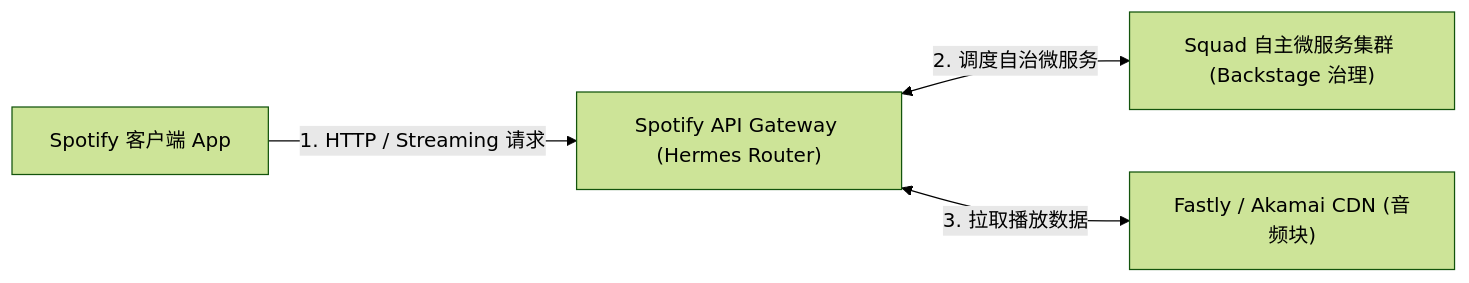
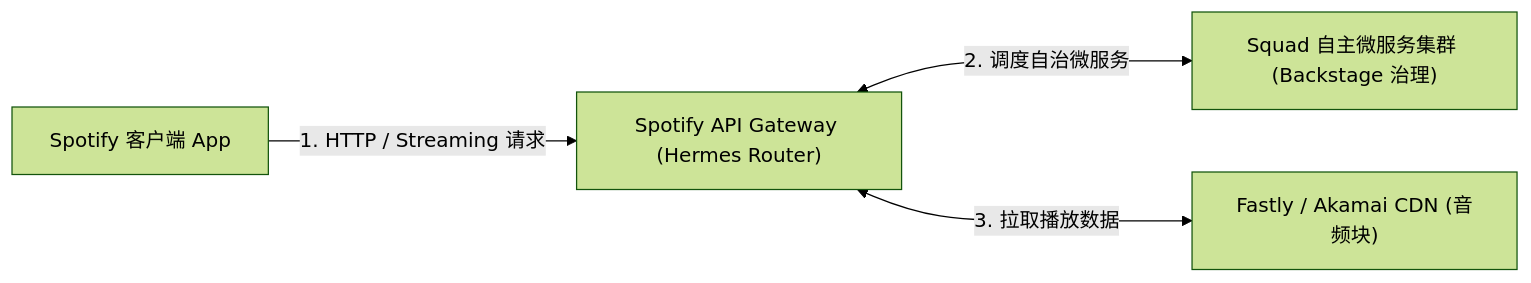
Before and after one commit to koosai/AI-Architect-Learning: the third of 6 diagrams in docs/atlas/spotify.mdx, drawn with Mermaid (forest theme). The commit also changed other lines of this file and 68 other files, not shown here.

Commit message:
fix(atlas): fix browser client-side Mermaid rendering for mindmaps and flowcharts across 67 case studies

````diff
--- a/docs/atlas/spotify.mdx
+++ b/docs/atlas/spotify.mdx
@@ -114,6 +114,6 @@
 ```mermaid
 graph LR
   UserApp["Spotify 客户端 App"] -->|1. HTTP / Streaming 请求| APIGateway["Spotify API Gateway (Hermes Router)"]
-  APIGateway <-->|2. 调度自治微服务| MicroservicesCluster["Squad 自主微服务集群 (Backstage 治理)"]
-  APIGateway <-->|3. 拉取播放数据| CDNCluster["Fastly / Akamai CDN (音频块)"]
+  APIGateway <--->|2. 调度自治微服务| MicroservicesCluster["Squad 自主微服务集群 (Backstage 治理)"]
+  APIGateway <--->|3. 拉取播放数据| CDNCluster["Fastly / Akamai CDN (音频块)"]
 ```
````
